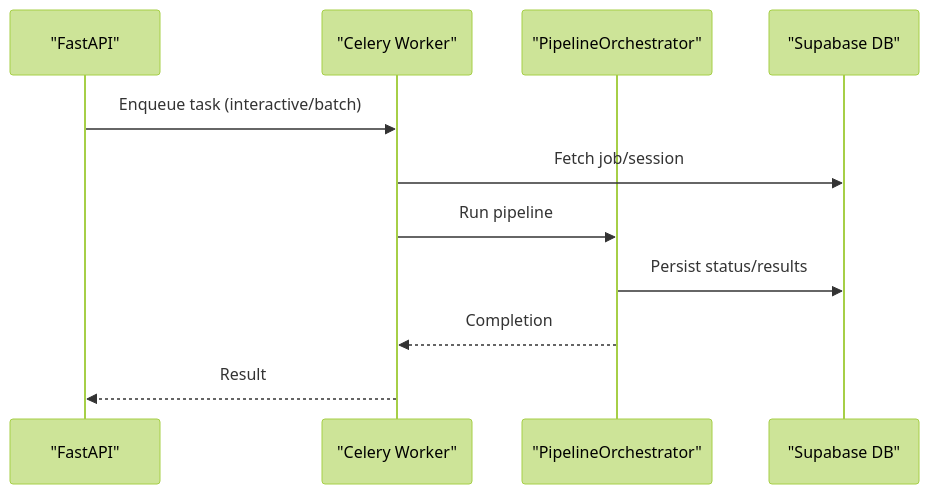
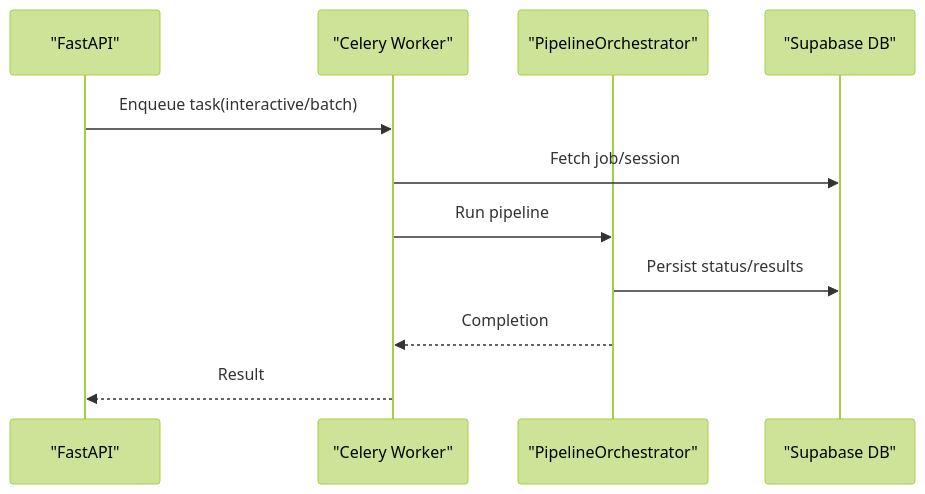
One commit to rohitkumarnaidu/ScholarFormAI changed the eighth of 9 diagrams in docs/docs/knowledge/Architecture Overview/Architecture Overview.md. Above: the diagram before and after it, drawn with Mermaid (forest theme). The commit also changed other lines of this file and 73 other files, not shown here.

First line of the commit message:
docs: enterprise-level markdown upgrade with Mermaid diagrams

````diff
--- a/docs/docs/knowledge/Architecture Overview/Architecture Overview.md
+++ b/docs/docs/knowledge/Architecture Overview/Architecture Overview.md
@@ -307,13 +307,13 @@
 ```mermaid
 sequenceDiagram
 participant API as "FastAPI"
 participant Celery as "Celery Worker"
 participant Orchestrator as "PipelineOrchestrator"
 participant DB as "Supabase DB"
-API->>Celery : Enqueue task (interactive/batch)
+API->>Celery : Enqueue task(interactive/batch)
 Celery->>DB : Fetch job/session
 Celery->>Orchestrator : Run pipeline
 Orchestrator->>DB : Persist status/results
 Orchestrator-->>Celery : Completion
 Celery-->>API : Result
 ```
````
